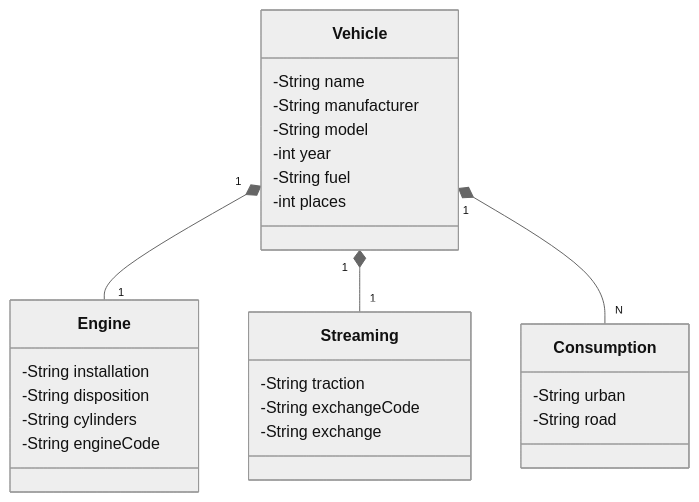
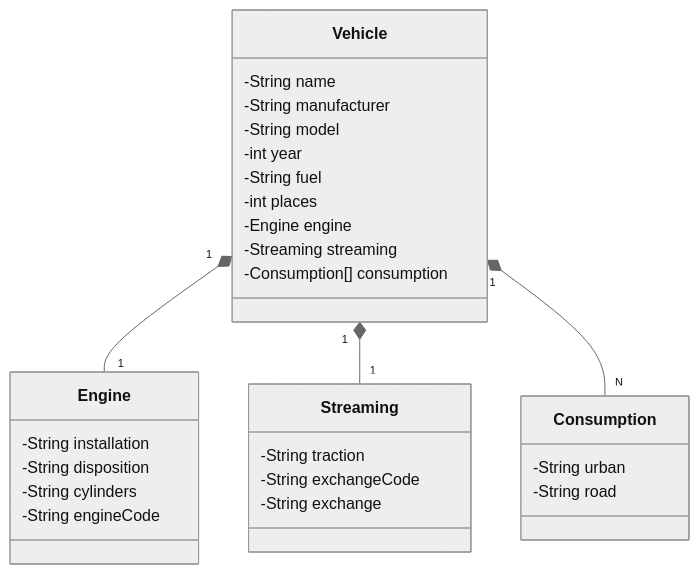
The diagram in README.md (costaProg/dio-api-rest), drawn with Mermaid (neutral theme) before and after one commit.

````diff
--- a/README.md
+++ b/README.md
@@ -6,33 +6,36 @@
 ```mermaid 
 classDiagram
     class Vehicle {
         -String name
         -String manufacturer
         -String model
         -int year
         -String fuel
         -int places
+        -Engine engine
+        -Streaming streaming
+        -Consumption[] consumption
     }
     
     class Engine {
         -String installation
         -String disposition
         -String cylinders
         -String engineCode
     }
     
     class Streaming {
         -String traction
         -String exchangeCode
         -String exchange
     }
     
     class Consumption {
         -String urban
         -String road
     }
     
     Vehicle "1" *-- "1" Engine
     Vehicle "1" *-- "1" Streaming
     Vehicle "1" *-- "N" Consumption
 ```
````
